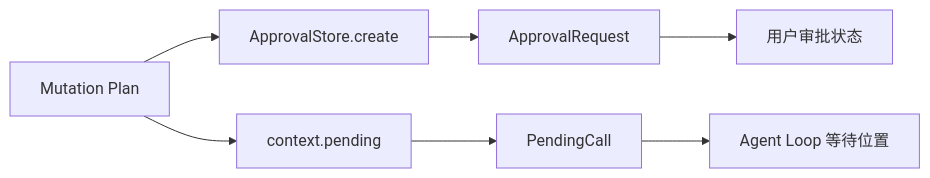
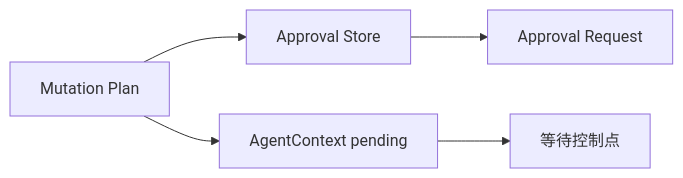
The fourth of 8 diagrams in docs/08-approval-and-remote-mutations.md (Arthur999459up/GitAgent), drawn with Mermaid before and after one commit. The commit also changed other lines of this file and 15 other files, not shown here.

````diff
--- a/docs/08-approval-and-remote-mutations.md
+++ b/docs/08-approval-and-remote-mutations.md
@@ -220,9 +126,7 @@
 ```mermaid
 flowchart LR
-    A[Mutation Plan] --> B[ApprovalStore.create]
-    A --> C[context.pending]
-    B --> D[ApprovalRequest]
-    C --> E[PendingCall]
-    D --> F[用户审批状态]
-    E --> G[Agent Loop 等待位置]
+    P[Mutation Plan] --> A[Approval Store]
+    P --> C[AgentContext pending]
+    A --> R[Approval Request]
+    C --> W[等待控制点]
 ```
````
